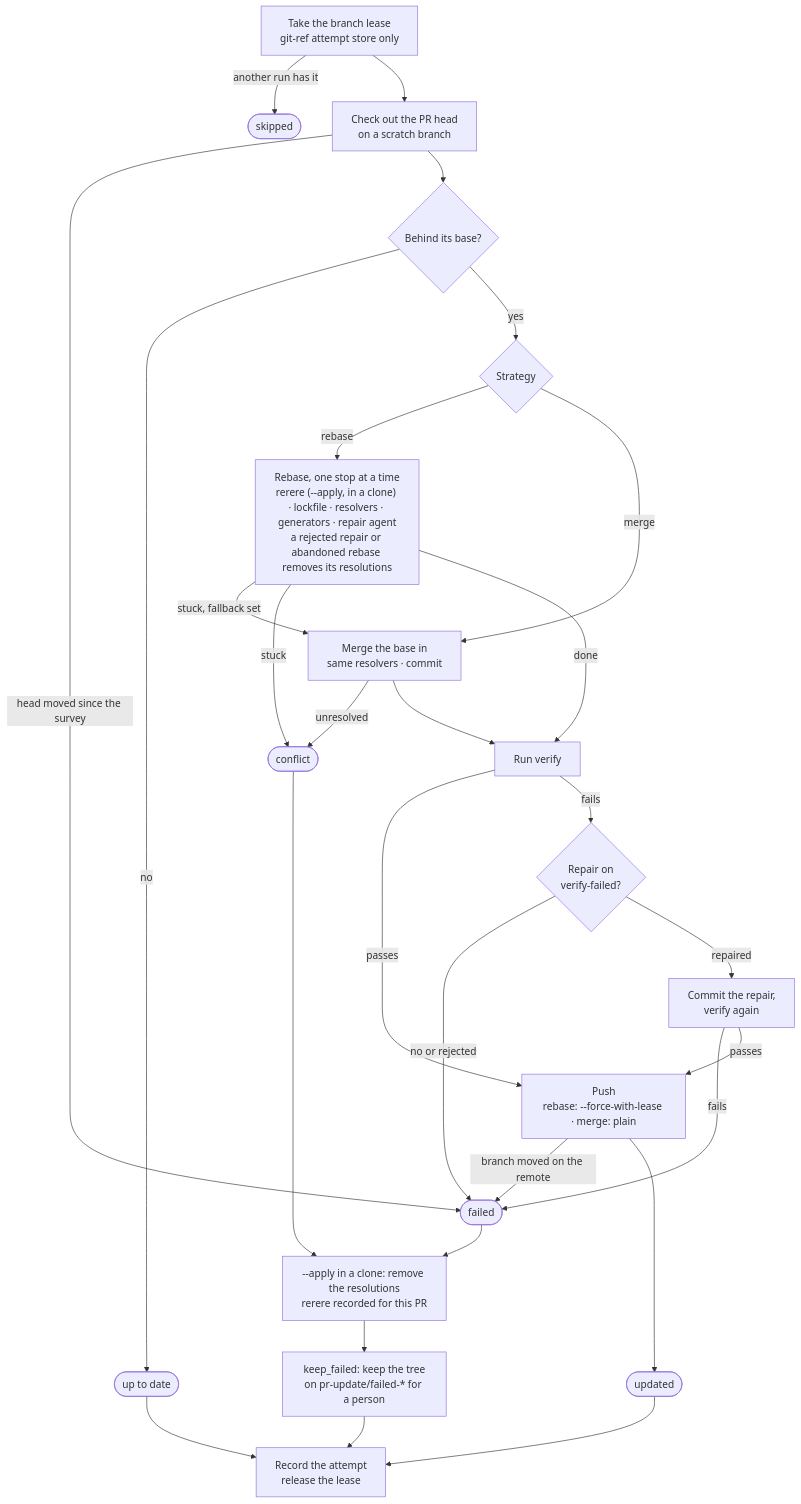
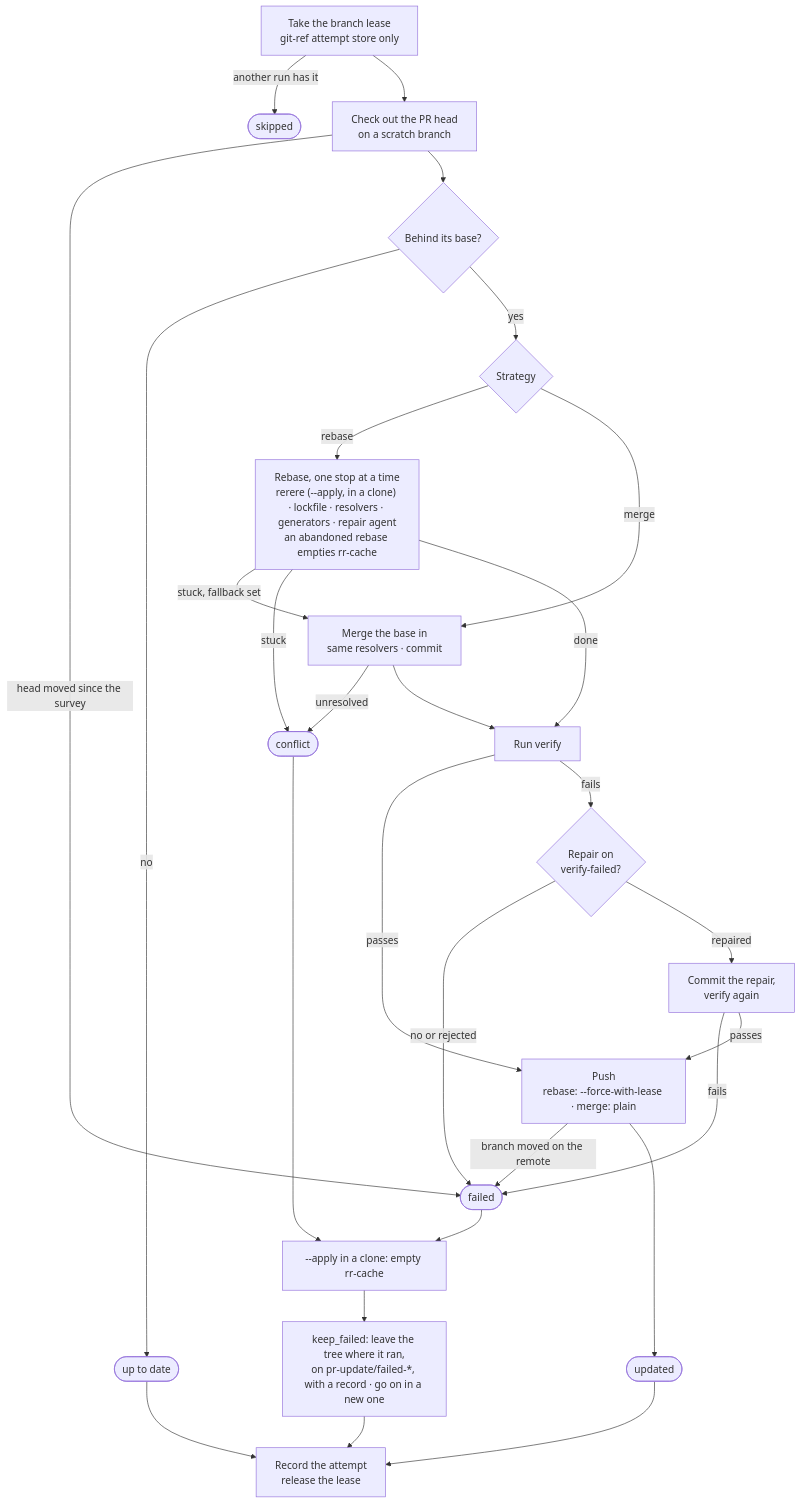
One commit to osdlc/osdlc changed the second of 2 diagrams in packages/ts/pr-update/docs/guide/architecture.md. Above: the diagram before and after it, drawn with Mermaid. The commit also changed other lines of this file, not shown here.

First line of the commit message:
docs(pr-update): the architecture guide follows the ownership contract

````diff
--- a/packages/ts/pr-update/docs/guide/architecture.md
+++ b/packages/ts/pr-update/docs/guide/architecture.md
@@ -76,30 +83,30 @@
 ```mermaid
 flowchart TD
   lease["Take the branch lease<br/>git-ref attempt store only"] -->|another run has it| s1(["skipped"])
   lease --> co["Check out the PR head<br/>on a scratch branch"]
   co -->|head moved since the survey| f(["failed"])
   co --> bh{"Behind its base?"}
   bh -->|no| up(["up to date"])
   bh -->|yes| st{"Strategy"}
-  st -->|rebase| rb["Rebase, one stop at a time<br/>rerere (--apply, in a clone) · lockfile · resolvers · generators · repair agent<br/>a rejected repair or abandoned rebase removes its resolutions"]
+  st -->|rebase| rb["Rebase, one stop at a time<br/>rerere (--apply, in a clone) · lockfile · resolvers · generators · repair agent<br/>an abandoned rebase empties rr-cache"]
   rb -->|stuck, fallback set| mg
   rb -->|stuck| cf(["conflict"])
   st -->|merge| mg["Merge the base in<br/>same resolvers · commit"]
   mg -->|unresolved| cf
   rb -->|done| v
   mg --> v["Run verify"]
   v -->|passes| push["Push<br/>rebase: --force-with-lease · merge: plain"]
   v -->|fails| rp{"Repair on<br/>verify-failed?"}
   rp -->|no or rejected| f
   rp -->|repaired| v2["Commit the repair,<br/>verify again"]
   v2 -->|fails| f
   v2 -->|passes| push
   push -->|branch moved on the remote| f
   push --> upd(["updated"])
-  f --> drop["--apply in a clone: remove the resolutions<br/>rerere recorded for this PR"]
+  f --> drop["--apply in a clone: empty rr-cache"]
   cf --> drop
-  drop --> keep["keep_failed: keep the tree<br/>on pr-update/failed-* for a person"]
+  drop --> keep["keep_failed: leave the tree where it ran,<br/>on pr-update/failed-*, with a record · go on in a new one"]
   upd --> rec["Record the attempt<br/>release the lease"]
   up --> rec
   keep --> rec
 ```
````
